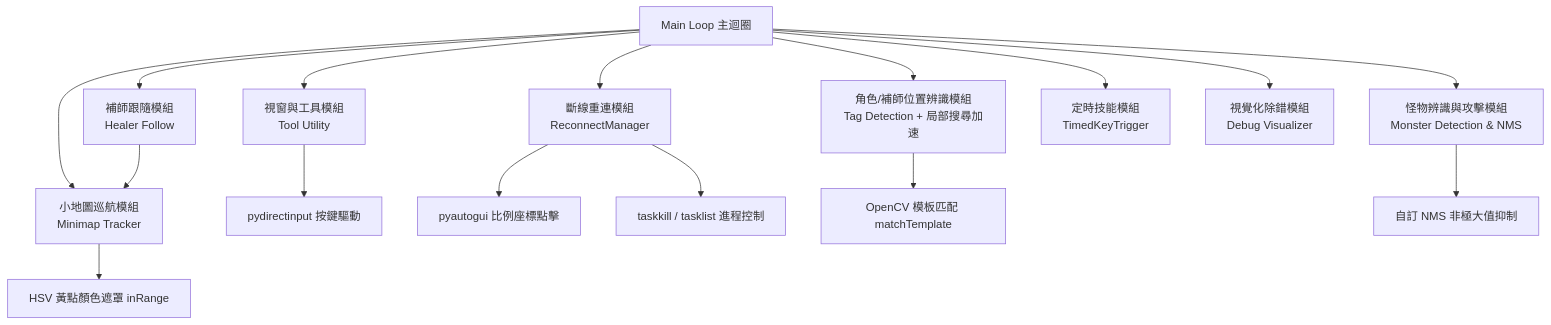
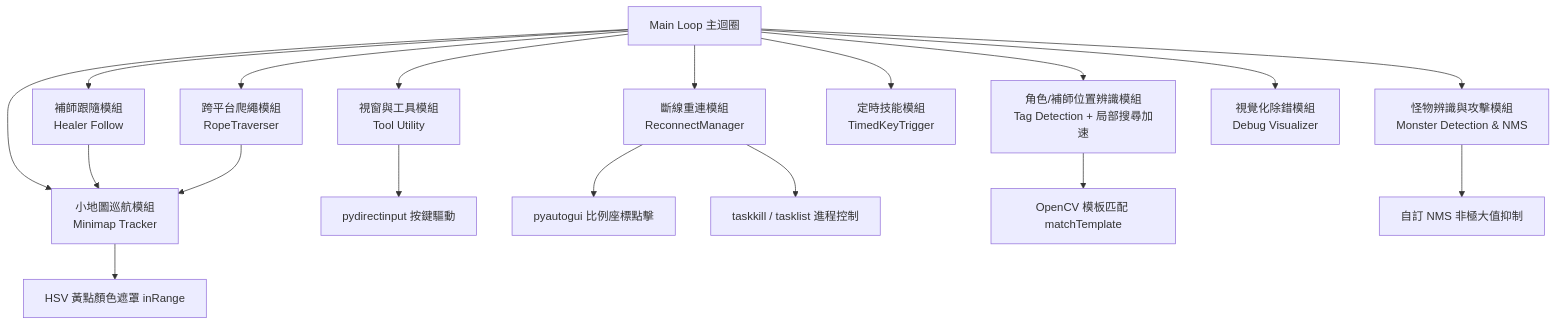
Before and after one commit to Chi-Hao-Huang/MapleStoryTool: the first of 2 diagrams in README.md, drawn with Mermaid. The commit also changed other lines of this file and 1 other file, not shown here.

First line of the commit message:
Add cross-platform rope traversal for multi-layer maps

````diff
--- a/README.md
+++ b/README.md
@@ -54,19 +62,21 @@
 ```mermaid
 flowchart TD
     Main[Main Loop 主迴圈] --> Tool[視窗與工具模組<br>Tool Utility]
     Main --> Reconnect[斷線重連模組<br>ReconnectManager]
     Main --> Tag[角色/補師位置辨識模組<br>Tag Detection + 局部搜尋加速]
     Main --> Monster[怪物辨識與攻擊模組<br>Monster Detection & NMS]
     Main --> Minimap[小地圖巡航模組<br>Minimap Tracker]
     Main --> Healer[補師跟隨模組<br>Healer Follow]
     Main --> TimedSkill[定時技能模組<br>TimedKeyTrigger]
+    Main --> RopeMod[跨平台爬繩模組<br>RopeTraverser]
     Main --> Debug[視覺化除錯模組<br>Debug Visualizer]
 
     Tool --> DirectInput[pydirectinput 按鍵驅動]
     Reconnect --> PyAutoGUI[pyautogui 比例座標點擊]
     Reconnect --> TaskKill[taskkill / tasklist 進程控制]
     Tag --> OpenCV[OpenCV 模板匹配 matchTemplate]
     Monster --> NMS[自訂 NMS 非極大值抑制]
     Minimap --> HSV[HSV 黃點顏色遮罩 inRange]
     Healer --> Minimap
+    RopeMod --> Minimap
 ```
````
